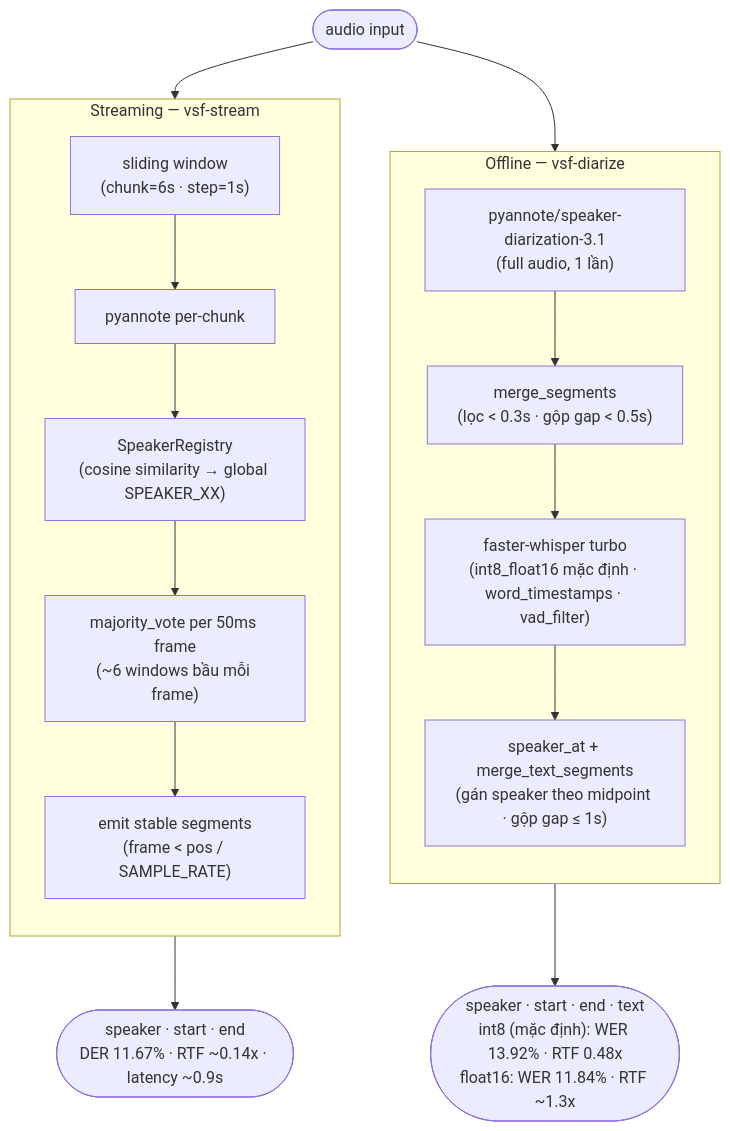
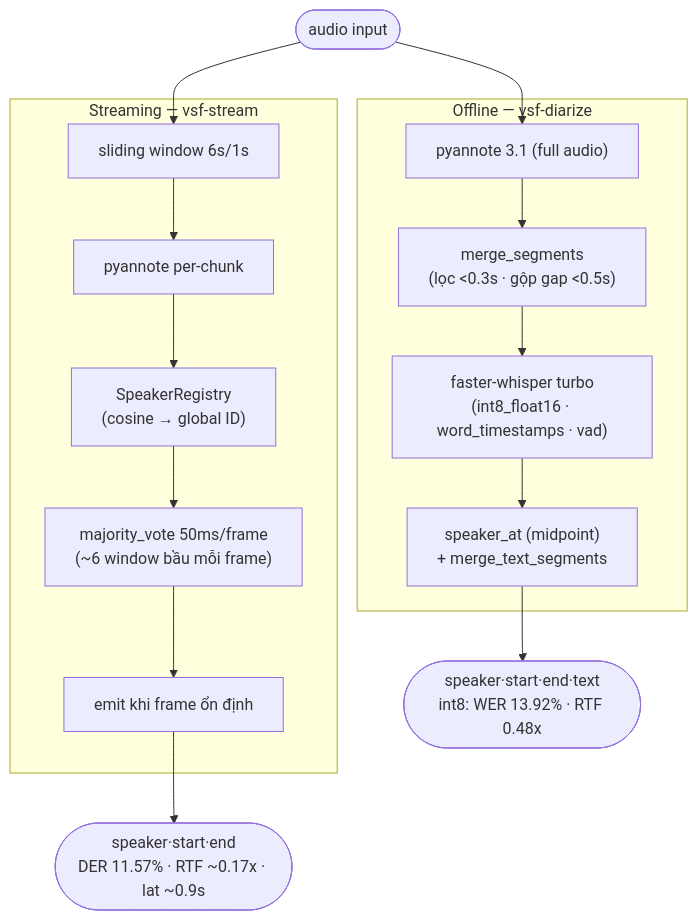
One commit to GolDDragon1702/vsf_diarization changed the diagram in REPORT.md. Above: the diagram before and after it, drawn with Mermaid. The commit also changed other lines of this file and 1 other file, not shown here.

````diff
--- a/REPORT.md
+++ b/REPORT.md
@@ -21,31 +19,18 @@
 ```mermaid
 flowchart TD
     INPUT([audio input])
-
     subgraph OFF ["Offline — vsf-diarize"]
-        direction TB
-        O1["pyannote/speaker-diarization-3.1\n(full audio, 1 lần)"]
-        O2["merge_segments\n(lọc < 0.3s · gộp gap < 0.5s)"]
-        O3["faster-whisper turbo\n(int8_float16 mặc định · word_timestamps · vad_filter)"]
-        O4["speaker_at + merge_text_segments\n(gán speaker theo midpoint · gộp gap ≤ 1s)"]
-        O1 --> O2 --> O3 --> O4
+        O1["pyannote 3.1 (full audio)"] --> O2["merge_segments\n(lọc <0.3s · gộp gap <0.5s)"]
+        O2 --> O3["faster-whisper turbo\n(int8_float16 · word_timestamps · vad)"]
+        O3 --> O4["speaker_at (midpoint)\n+ merge_text_segments"]
     end
-
     subgraph STR ["Streaming — vsf-stream"]
-        direction TB
-        S1["sliding window\n(chunk=6s · step=1s)"]
-        S2["pyannote per-chunk"]
-        S3["SpeakerRegistry\n(cosine similarity → global SPEAKER_XX)"]
-        S4["majority_vote per 50ms frame\n(~6 windows bầu mỗi frame)"]
-        S5["emit stable segments\n(frame < pos / SAMPLE_RATE)"]
-        S1 --> S2 --> S3 --> S4 --> S5
+        S1["sliding window 6s/1s"] --> S2["pyannote per-chunk"]
+        S2 --> S3["SpeakerRegistry\n(cosine → global ID)"]
+        S3 --> S4["majority_vote 50ms/frame\n(~6 window bầu mỗi frame)"]
+        S4 --> S5["emit khi frame ổn định"]
     end
-
-    OUT_OFF(["speaker · start · end · text\nint8 (mặc định): WER 13.92% · RTF 0.48x\nfloat16: WER 11.84% · RTF ~1.3x"])
-    OUT_STR(["speaker · start · end\nDER 11.67% · RTF ~0.14x · latency ~0.9s"])
-
-    INPUT --> O1
-    INPUT --> S1
-    O4 --> OUT_OFF
-    S5 --> OUT_STR
+    INPUT --> O1 & S1
+    O4 --> OUT_OFF(["speaker·start·end·text\nint8: WER 13.92% · RTF 0.48x"])
+    S5 --> OUT_STR(["speaker·start·end\nDER 11.57% · RTF ~0.17x · lat ~0.9s"])
 ```
````
